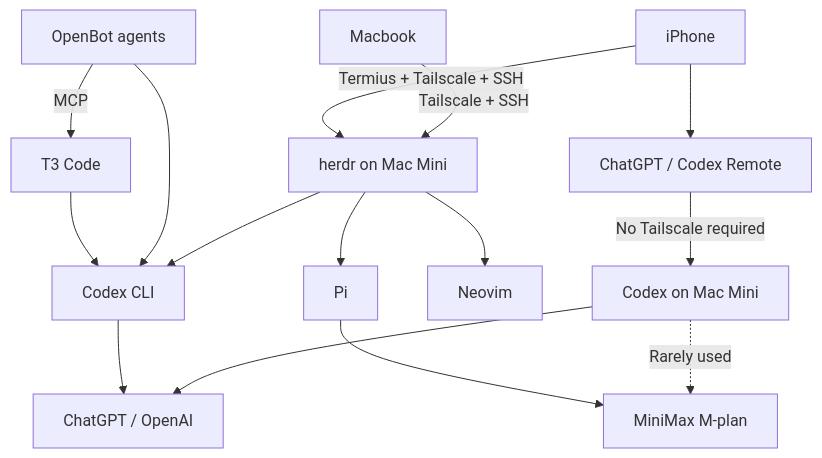
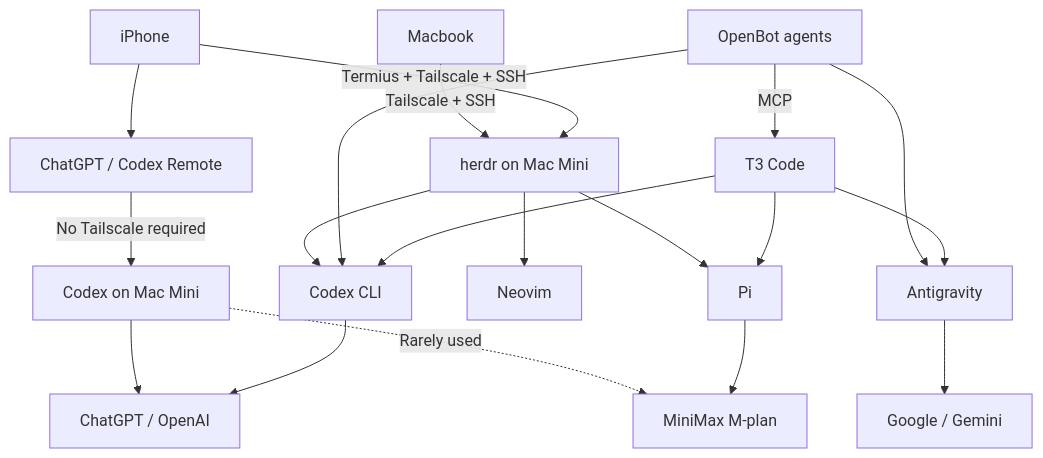
One commit to AllenYolk/allenyolk.github.io changed the diagram in content/tool-stack.md. Above: the diagram before and after it, drawn with Mermaid. The commit also changed other lines of this file, not shown here.

Commit message:
Update tool stack with Oleafly, Antigravity, and T3 Code workflow

````diff
--- a/content/tool-stack.md
+++ b/content/tool-stack.md
@@ -117,17 +129,21 @@
 ```mermaid
 flowchart TB
     phone["iPhone"] --> remote["ChatGPT / Codex Remote"]
     remote -->|"No Tailscale required"| codex["Codex on Mac Mini"]
     macbook["Macbook"] -->|"Tailscale + SSH"| terminal["herdr on Mac Mini"]
     phone -->|"Termius + Tailscale + SSH"| terminal
     terminal --> pi["Pi"]
     terminal --> nvim["Neovim"]
     terminal --> cli["Codex CLI"]
     openbot["OpenBot agents"] --> cli
+    openbot --> agy["Antigravity"]
     openbot -->|"MCP"| t3["T3 Code"]
     t3 --> cli
+    t3 --> agy
+    t3 --> pi
     codex --> openai["ChatGPT / OpenAI"]
     cli --> openai
+    agy --> gemini["Google / Gemini"]
     codex -.->|"Rarely used"| minimax["MiniMax M-plan"]
     pi --> minimax
 ```
````
